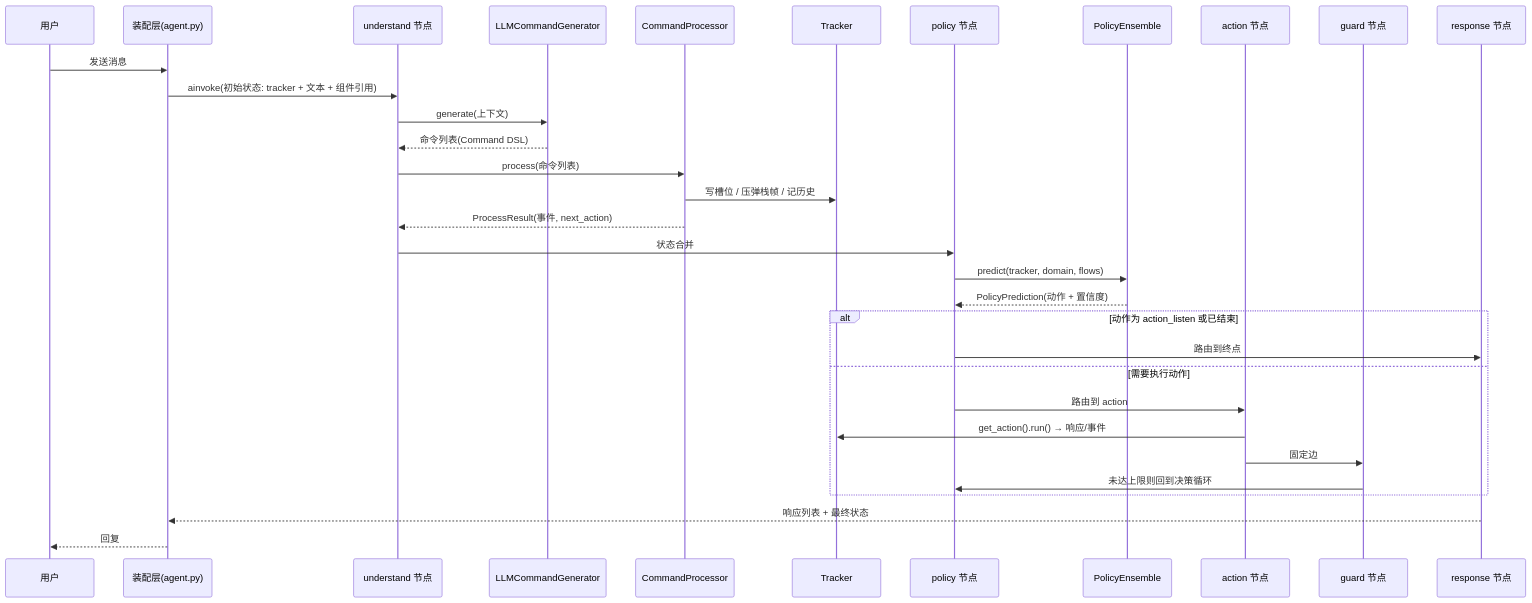
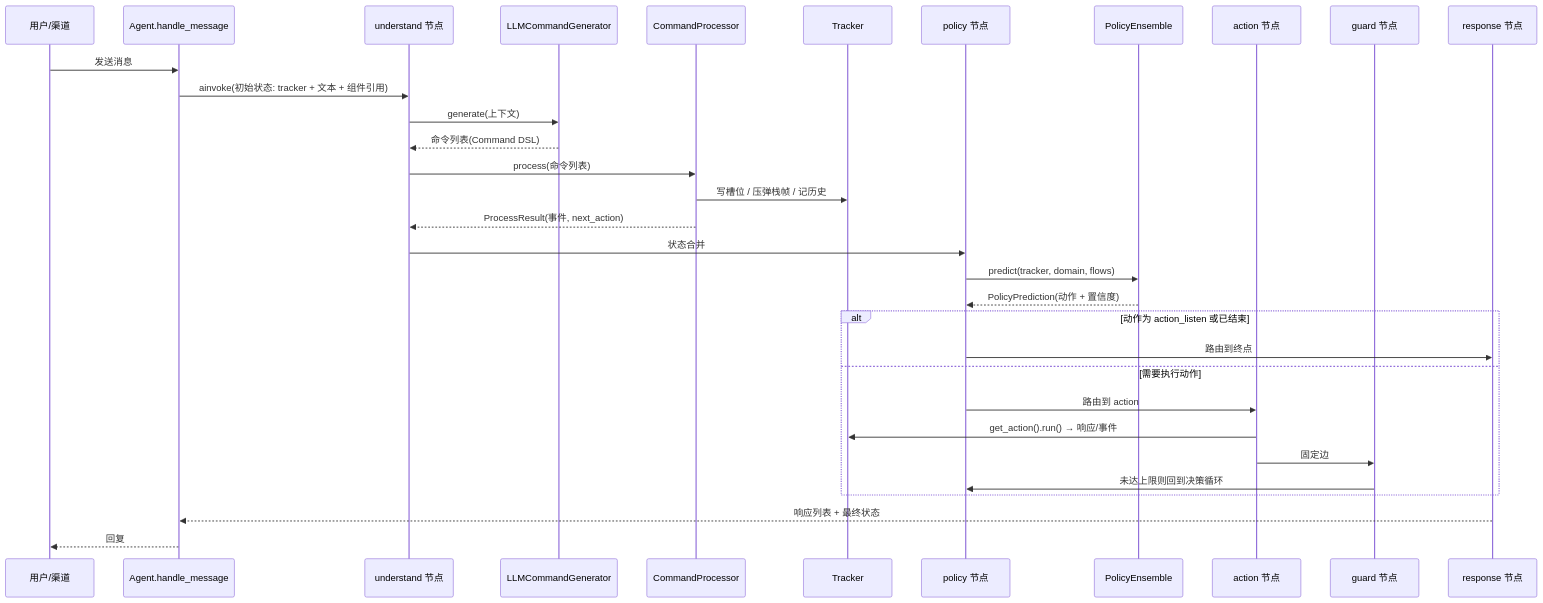
The second of 2 diagrams in README.md (LiuZhiGuang-Tech/intelligent_customer_service), drawn with Mermaid before and after one commit. The commit also changed other lines of this file, not shown here.

````diff
--- a/README.md
+++ b/README.md
@@ -236,35 +370,35 @@
 ```mermaid
 sequenceDiagram
-    participant U as 用户
-    participant A as 装配层(agent.py)
+    participant U as 用户/渠道
+    participant A as Agent.handle_message
     participant N1 as understand 节点
     participant G as LLMCommandGenerator
     participant P as CommandProcessor
     participant T as Tracker
     participant N2 as policy 节点
     participant E as PolicyEnsemble
     participant N3 as action 节点
     participant N4 as guard 节点
     participant N5 as response 节点
 
     U->>A: 发送消息
     A->>N1: ainvoke(初始状态: tracker + 文本 + 组件引用)
     N1->>G: generate(上下文)
     G-->>N1: 命令列表(Command DSL)
     N1->>P: process(命令列表)
     P->>T: 写槽位 / 压弹栈帧 / 记历史
     P-->>N1: ProcessResult(事件, next_action)
     N1->>N2: 状态合并
     N2->>E: predict(tracker, domain, flows)
     E-->>N2: PolicyPrediction(动作 + 置信度)
     alt 动作为 action_listen 或已结束
         N2->>N5: 路由到终点
     else 需要执行动作
         N2->>N3: 路由到 action
         N3->>T: get_action().run() → 响应/事件
         N3->>N4: 固定边
         N4->>N2: 未达上限则回到决策循环
     end
     N5-->>A: 响应列表 + 最终状态
     A-->>U: 回复
 ```
````
